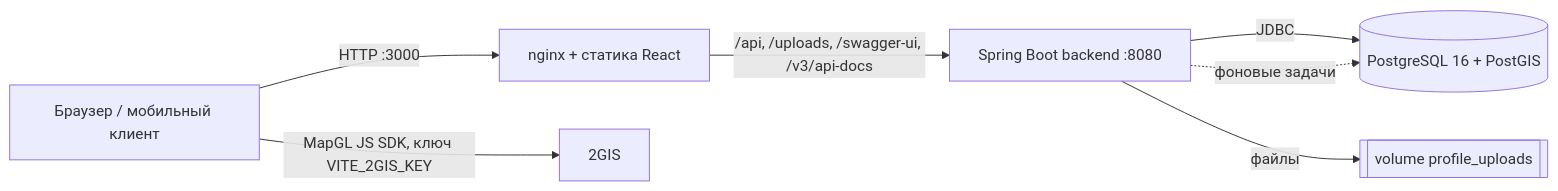
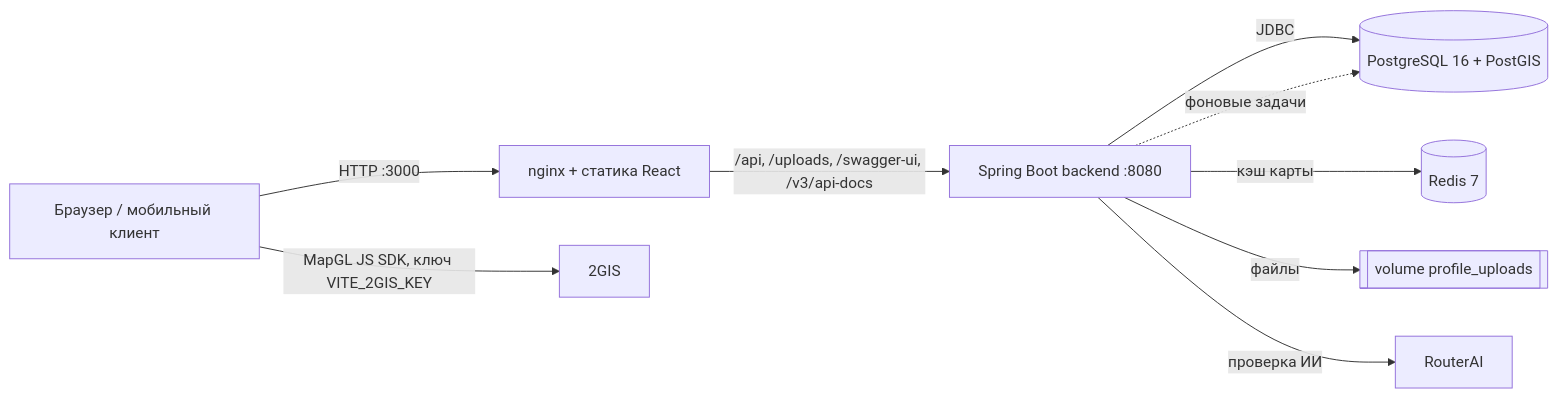
One commit to Re-Hub-TUSUR/fsp_finals_2026 changed the first of 5 diagrams in docs/architecture.md. Above: the diagram before and after it, drawn with Mermaid. The commit also changed other lines of this file and 31 other files, not shown here.

Commit message:
docs: refresh READMEs, architecture, Swagger and PDF for waitlist, notifications, reminders, recurring events and onboarding

````diff
--- a/docs/architecture.md
+++ b/docs/architecture.md
@@ -31,9 +31,11 @@
 ```mermaid
 flowchart LR
     U[Браузер / мобильный клиент] -->|HTTP :3000| N[nginx + статика React]
     N -->|/api, /uploads, /swagger-ui, /v3/api-docs| B[Spring Boot backend :8080]
     B -->|JDBC| P[(PostgreSQL 16 + PostGIS)]
+    B -->|кэш карты| R[(Redis 7)]
     B -->|файлы| V[[volume profile_uploads]]
+    B -->|проверка ИИ| L[RouterAI]
     U -->|MapGL JS SDK, ключ VITE_2GIS_KEY| G[2GIS]
     B -. фоновые задачи .-> P
 ```
````
